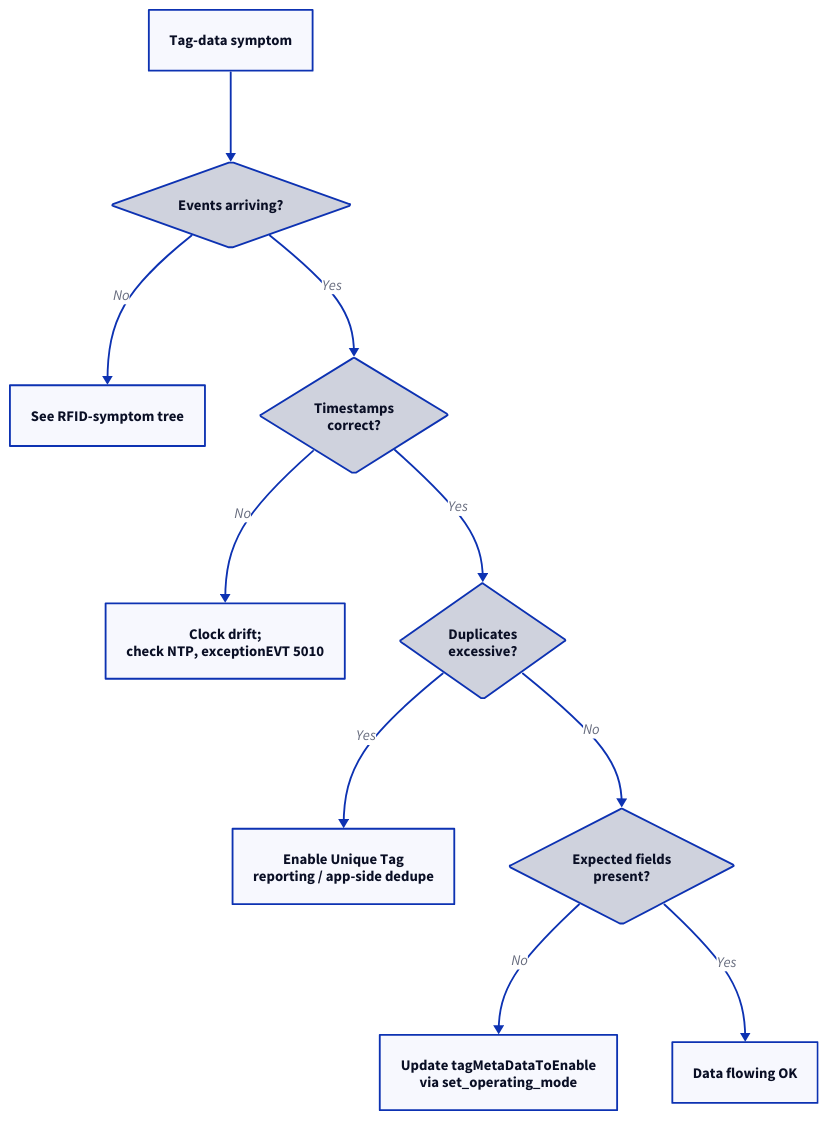
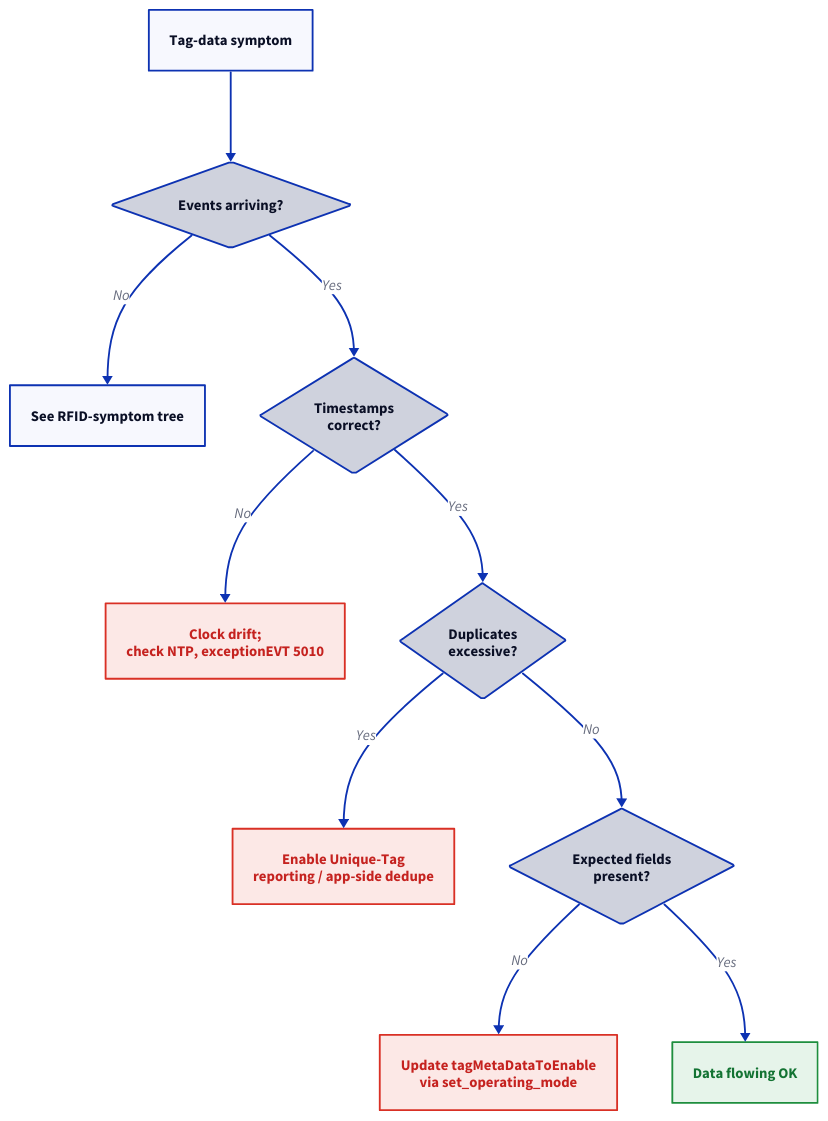
Before and after one commit to admiral-ai/zebra-handheld-rfid-iotc: the diagram in docs/reference/troubleshooting/tag-data.md, drawn with D2. The commit also changed 40 other files, not shown here.

First line of the commit message:
Redesign all 54 D2 diagrams to a unified visual system

````diff
--- a/docs/reference/troubleshooting/tag-data.md
+++ b/docs/reference/troubleshooting/tag-data.md
@@ -33,21 +33,26 @@
 ```d2
+classes: {
+  good: { style: { fill: "#e6f4ea"; stroke: "#1e8e3e"; font-color: "#137333" } }
+  bad:  { style: { fill: "#fce8e6"; stroke: "#d93025"; font-color: "#c5221f" } }
+}
 S: Tag-data symptom
 Q1: Events arriving? { shape: diamond }
 RFID: See RFID-symptom tree
 Q2: "Timestamps\ncorrect?" { shape: diamond }
-Clock: "Clock drift;\ncheck NTP, exceptionEVT 5010"
+Clock: "Clock drift;\ncheck NTP, exceptionEVT 5010" { class: bad }
 Q3: "Duplicates\nexcessive?" { shape: diamond }
-Dedupe: "Enable Unique Tag\nreporting / app-side dedupe"
+Dedupe: "Enable Unique-Tag\nreporting / app-side dedupe" { class: bad }
 Q4: "Expected fields\npresent?" { shape: diamond }
-Meta: "Update tagMetaDataToEnable\nvia set_operating_mode"
-OK: Data flowing OK
+Meta: "Update tagMetaDataToEnable\nvia set_operating_mode" { class: bad }
+OK: Data flowing OK { class: good }
 S -> Q1
 Q1 -> RFID: No
 Q1 -> Q2: Yes
 Q2 -> Clock: No
 Q2 -> Q3: Yes
 Q3 -> Dedupe: Yes
 Q3 -> Q4: No
 Q4 -> Meta: No
 Q4 -> OK: Yes
+
 ```
````
